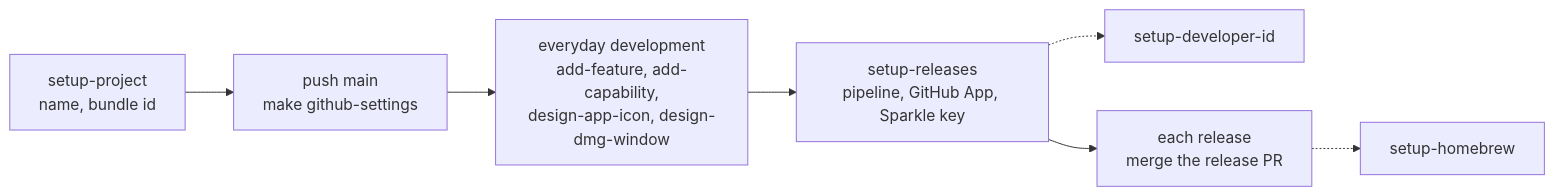
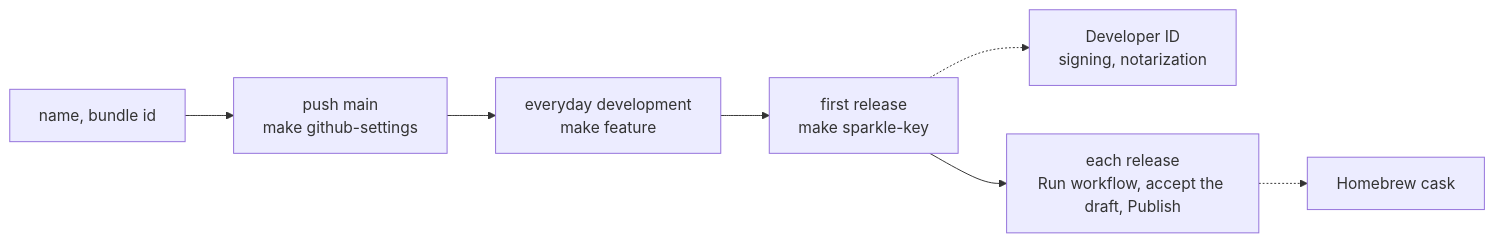
The second of 2 diagrams in README.md (chengzi-io/macos-swiftui-spm-template), drawn with Mermaid before and after one commit. The commit also changed other lines of this file and 157 other files, not shown here.

First line of the commit message:
feat: ship the release pipeline, make feature and the setup skills

````diff
--- a/README.md
+++ b/README.md
@@ -61,9 +60,9 @@
 ```mermaid
 flowchart LR
-    project["setup-project<br/>name, bundle id"] --> repo["push main<br/>make github-settings"]
-    repo --> dev["everyday development<br/>add-feature, add-capability,<br/>design-app-icon, design-dmg-window"]
-    dev --> releases["setup-releases<br/>pipeline, GitHub App, Sparkle key"]
-    releases -.-> signing["setup-developer-id"]
-    releases --> ship["each release<br/>merge the release PR"]
-    ship -.-> brew["setup-homebrew"]
+    project["name, bundle id"] --> repo["push main<br/>make github-settings"]
+    repo --> dev["everyday development<br/>make feature"]
+    dev --> first["first release<br/>make sparkle-key"]
+    first -.-> signing["Developer ID<br/>signing, notarization"]
+    first --> ship["each release<br/>Run workflow, accept the draft, Publish"]
+    ship -.-> brew["Homebrew cask"]
 ```
````
